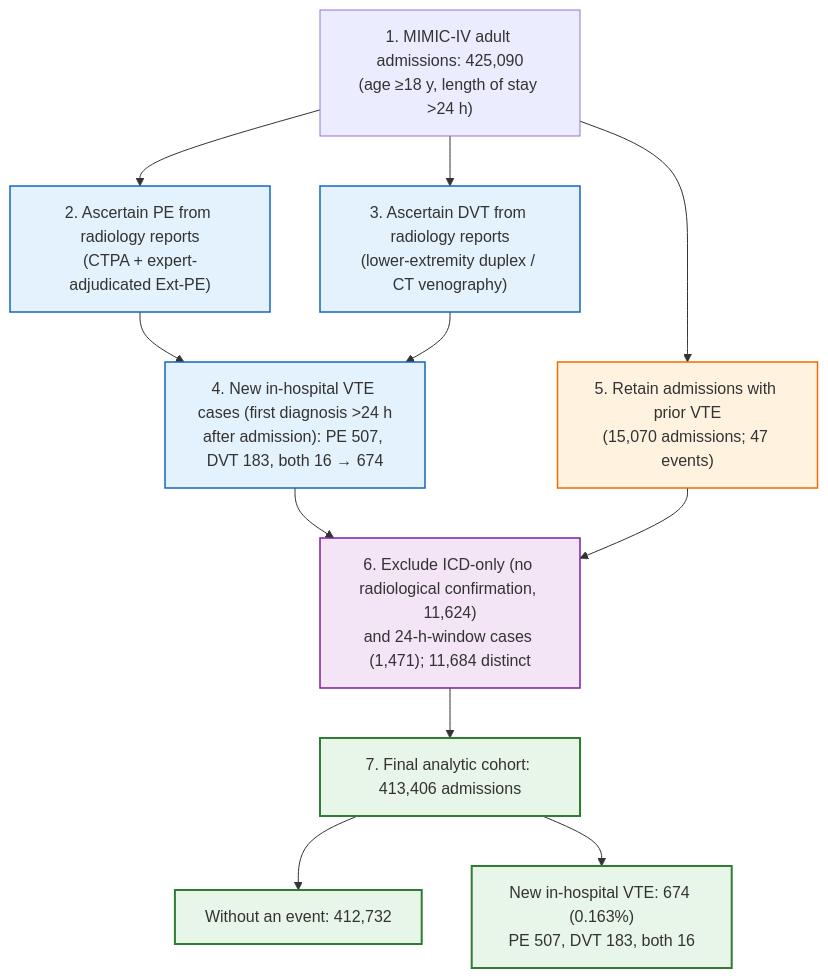
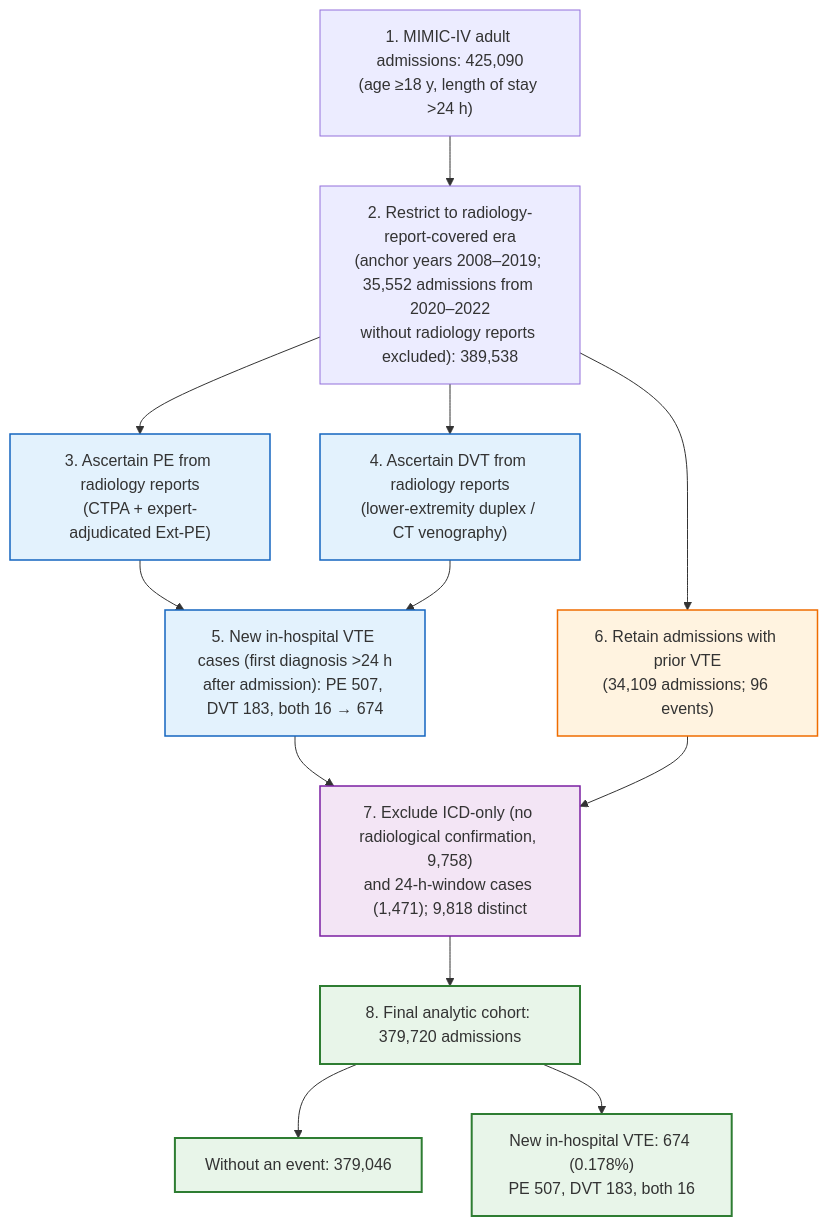
The diagram in 05_figures/Figure_1_cohort_flow.mmd (yepsun/hospital-acquired-vte-prediction), drawn with Mermaid before and after one commit. The commit also changed 136 other files, not shown here.

```diff
--- a/05_figures/Figure_1_cohort_flow.mmd
+++ b/05_figures/Figure_1_cohort_flow.mmd
@@ -1,30 +1,32 @@
 flowchart TD
     A["1. MIMIC-IV adult admissions: 425,090<br/>(age ≥18 y, length of stay >24 h)"]
-    B["2. Ascertain PE from radiology reports<br/>(CTPA + expert-adjudicated Ext-PE)"]
-    C["3. Ascertain DVT from radiology reports<br/>(lower-extremity duplex / CT venography)"]
-    D["4. New in-hospital VTE cases (first diagnosis >24 h<br/>after admission): PE 507, DVT 183, both 16 → 674"]
-    E["5. Retain admissions with prior VTE<br/>(15,070 admissions; 47 events)"]
-    F["6. Exclude ICD-only (no radiological confirmation, 11,624)<br/>and 24-h-window cases (1,471); 11,684 distinct"]
-    G["7. Final analytic cohort: 413,406 admissions"]
-    H["Without an event: 412,732"]
-    I["New in-hospital VTE: 674 (0.163%)<br/>PE 507, DVT 183, both 16"]
+    A0["2. Restrict to radiology-report-covered era<br/>(anchor years 2008–2019; 35,552 admissions from 2020–2022<br/>without radiology reports excluded): 389,538"]
+    B["3. Ascertain PE from radiology reports<br/>(CTPA + expert-adjudicated Ext-PE)"]
+    C["4. Ascertain DVT from radiology reports<br/>(lower-extremity duplex / CT venography)"]
+    D["5. New in-hospital VTE cases (first diagnosis >24 h<br/>after admission): PE 507, DVT 183, both 16 → 674"]
+    E["6. Retain admissions with prior VTE<br/>(34,109 admissions; 96 events)"]
+    F["7. Exclude ICD-only (no radiological confirmation, 9,758)<br/>and 24-h-window cases (1,471); 9,818 distinct"]
+    G["8. Final analytic cohort: 379,720 admissions"]
+    H["Without an event: 379,046"]
+    I["New in-hospital VTE: 674 (0.178%)<br/>PE 507, DVT 183, both 16"]
 
-    A --> B
-    A --> C
+    A --> A0
+    A0 --> B
+    A0 --> C
     B --> D
     C --> D
-    A --> E
+    A0 --> E
     D --> F
     E --> F
     F --> G
     G --> H
     G --> I
 
     classDef final fill:#e8f5e9,stroke:#2e7d32,stroke-width:2px;
     classDef case fill:#e3f2fd,stroke:#1565c0,stroke-width:1.5px;
     classDef ctrl fill:#fff3e0,stroke:#ef6c00,stroke-width:1.5px;
     classDef excl fill:#f3e5f5,stroke:#7b1fa2,stroke-width:1.5px;
     class G,H,I final;
     class B,C,D case;
     class E ctrl;
     class F excl;
```
